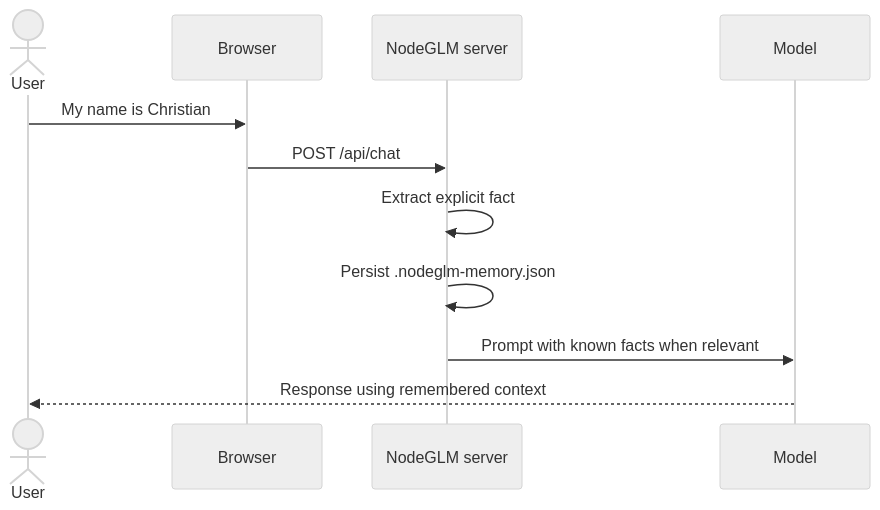
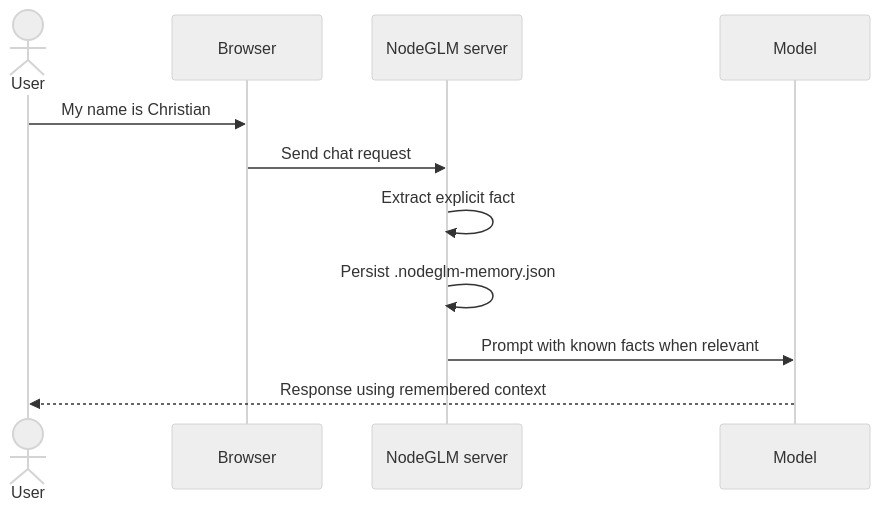
One commit to cschladetsch/NodeGLM-5 changed the second of 2 diagrams in Post.md. Above: the diagram before and after it, drawn with Mermaid (neutral theme). The commit also changed other lines of this file and 8 other files, not shown here.

Commit message:
Add chat image handling and API docs

````diff
--- a/Post.md
+++ b/Post.md
@@ -58,14 +59,14 @@
 ```mermaid
 sequenceDiagram
     actor User
     participant UI as Browser
     participant API as NodeGLM server
     participant LLM as Model
 
     User->>UI: My name is Christian
-    UI->>API: POST /api/chat
+    UI->>API: Send chat request
     API->>API: Extract explicit fact
     API->>API: Persist .nodeglm-memory.json
     API->>LLM: Prompt with known facts when relevant
     LLM-->>User: Response using remembered context
 ```
````
